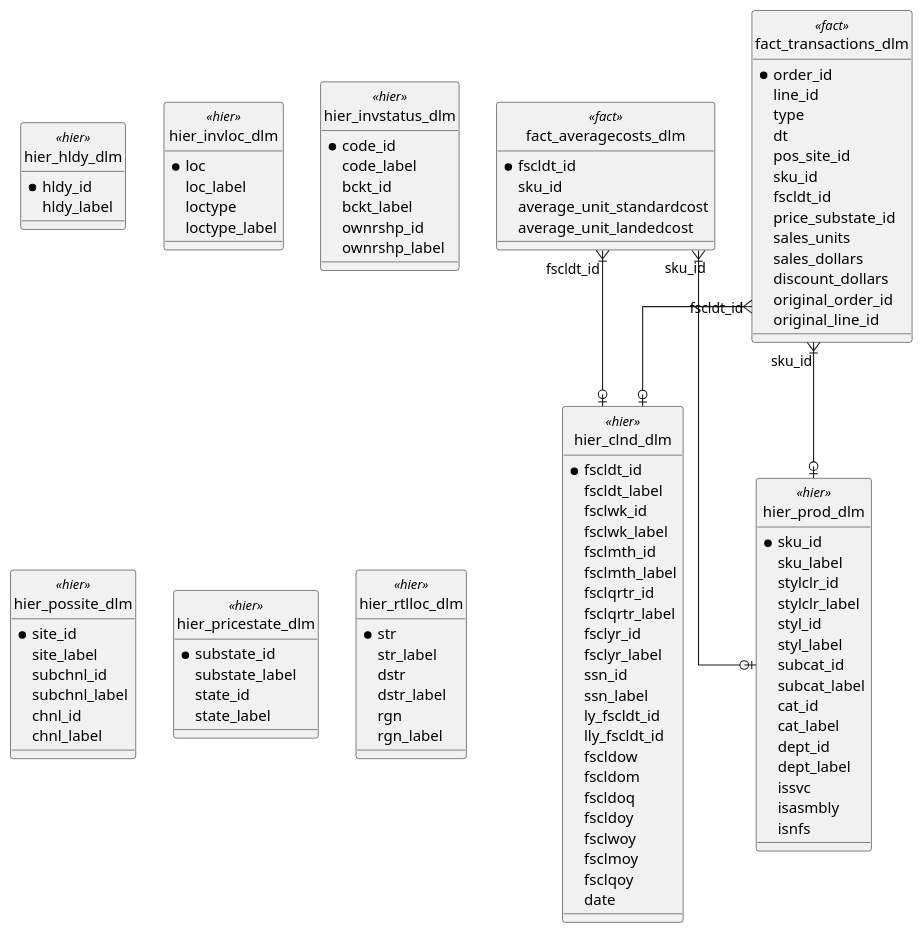
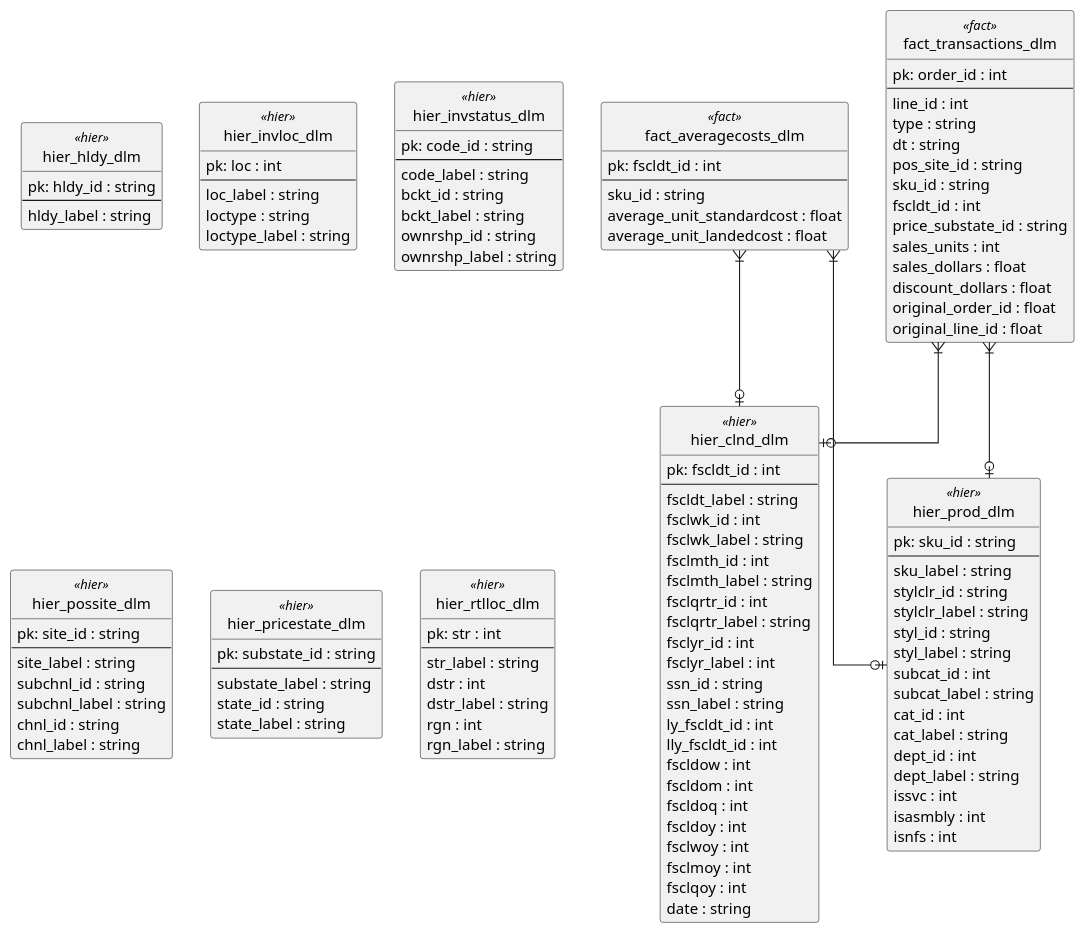
One commit to peaskipper/ETL_challenge changed the diagram in output_obj/er_diagram.puml. Above: the diagram before and after it, drawn with PlantUML. The commit also changed 3 other files, not shown here.

Commit message:
Updated analyse and uml writer to include column type info in ERD

```diff
--- a/output_obj/er_diagram.puml
+++ b/output_obj/er_diagram.puml
@@ -1,123 +1,133 @@
 @startuml
 hide circle
 top to bottom direction
 skinparam dpi 100
 skinparam defaultTextAlignment left
 skinparam linetype ortho
 skinparam shadowing false
 skinparam entity {
 BackgroundColor<<Fact>> #FDF6E3
 BackgroundColor<<Hier>> #E6F7FF
 }
 
 entity "fact_averagecosts_dlm" <<fact>> {
-    * fscldt_id
-		sku_id
-		average_unit_standardcost
-		average_unit_landedcost
+    pk: fscldt_id : int
+		---
+		sku_id : string
+		average_unit_standardcost : float
+		average_unit_landedcost : float
 }
 entity "fact_transactions_dlm" <<fact>> {
-    * order_id
-		line_id
-		type
-		dt
-		pos_site_id
-		sku_id
-		fscldt_id
-		price_substate_id
-		sales_units
-		sales_dollars
-		discount_dollars
-		original_order_id
-		original_line_id
+    pk: order_id : int
+		---
+		line_id : int
+		type : string
+		dt : string
+		pos_site_id : string
+		sku_id : string
+		fscldt_id : int
+		price_substate_id : string
+		sales_units : int
+		sales_dollars : float
+		discount_dollars : float
+		original_order_id : float
+		original_line_id : float
 }
 entity "hier_clnd_dlm" <<hier>> {
-    * fscldt_id
-		fscldt_label
-		fsclwk_id
-		fsclwk_label
-		fsclmth_id
-		fsclmth_label
-		fsclqrtr_id
-		fsclqrtr_label
-		fsclyr_id
-		fsclyr_label
-		ssn_id
-		ssn_label
-		ly_fscldt_id
-		lly_fscldt_id
-		fscldow
-		fscldom
-		fscldoq
-		fscldoy
-		fsclwoy
-		fsclmoy
-		fsclqoy
-		date
+    pk: fscldt_id : int
+		---
+		fscldt_label : string
+		fsclwk_id : int
+		fsclwk_label : string
+		fsclmth_id : int
+		fsclmth_label : string
+		fsclqrtr_id : int
+		fsclqrtr_label : string
+		fsclyr_id : int
+		fsclyr_label : int
+		ssn_id : string
+		ssn_label : string
+		ly_fscldt_id : int
+		lly_fscldt_id : int
+		fscldow : int
+		fscldom : int
+		fscldoq : int
+		fscldoy : int
+		fsclwoy : int
+		fsclmoy : int
+		fsclqoy : int
+		date : string
 }
 entity "hier_hldy_dlm" <<hier>> {
-    * hldy_id
-		hldy_label
+    pk: hldy_id : string
+		---
+		hldy_label : string
 }
 entity "hier_invloc_dlm" <<hier>> {
-    * loc
-		loc_label
-		loctype
-		loctype_label
+    pk: loc : int
+		---
+		loc_label : string
+		loctype : string
+		loctype_label : string
 }
 entity "hier_invstatus_dlm" <<hier>> {
-    * code_id
-		code_label
-		bckt_id
-		bckt_label
-		ownrshp_id
-		ownrshp_label
+    pk: code_id : string
+		---
+		code_label : string
+		bckt_id : string
+		bckt_label : string
+		ownrshp_id : string
+		ownrshp_label : string
 }
 entity "hier_possite_dlm" <<hier>> {
-    * site_id
-		site_label
-		subchnl_id
-		subchnl_label
-		chnl_id
-		chnl_label
+    pk: site_id : string
+		---
+		site_label : string
+		subchnl_id : string
+		subchnl_label : string
+		chnl_id : string
+		chnl_label : string
 }
 entity "hier_pricestate_dlm" <<hier>> {
-    * substate_id
-		substate_label
-		state_id
-		state_label
+    pk: substate_id : string
+		---
+		substate_label : string
+		state_id : string
+		state_label : string
 }
 entity "hier_prod_dlm" <<hier>> {
-    * sku_id
-		sku_label
-		stylclr_id
-		stylclr_label
-		styl_id
-		styl_label
-		subcat_id
-		subcat_label
-		cat_id
-		cat_label
-		dept_id
-		dept_label
-		issvc
-		isasmbly
-		isnfs
+    pk: sku_id : string
+		---
+		sku_label : string
+		stylclr_id : string
+		stylclr_label : string
+		styl_id : string
+		styl_label : string
+		subcat_id : int
+		subcat_label : string
+		cat_id : int
+		cat_label : string
+		dept_id : int
+		dept_label : string
+		issvc : int
+		isasmbly : int
+		isnfs : int
 }
 entity "hier_rtlloc_dlm" <<hier>> {
-    * str
-		str_label
-		dstr
-		dstr_label
-		rgn
-		rgn_label
+    pk: str : int
+		---
+		str_label : string
+		dstr : int
+		dstr_label : string
+		rgn : int
+		rgn_label : string
 }
 
-fact_averagecosts_dlm "fscldt_id" }|--o| hier_clnd_dlm
-fact_averagecosts_dlm "sku_id" }|--o| hier_prod_dlm
+fact_averagecosts_dlm }|--o| hier_clnd_dlm
+fact_averagecosts_dlm }|--o| hier_prod_dlm
 
-fact_transactions_dlm "sku_id" }|--o| hier_prod_dlm
-fact_transactions_dlm "fscldt_id" }|--o| hier_clnd_dlm
+fact_transactions_dlm }|--o| hier_prod_dlm
+fact_transactions_dlm }|--o| hier_clnd_dlm
 
 
 @enduml
```
